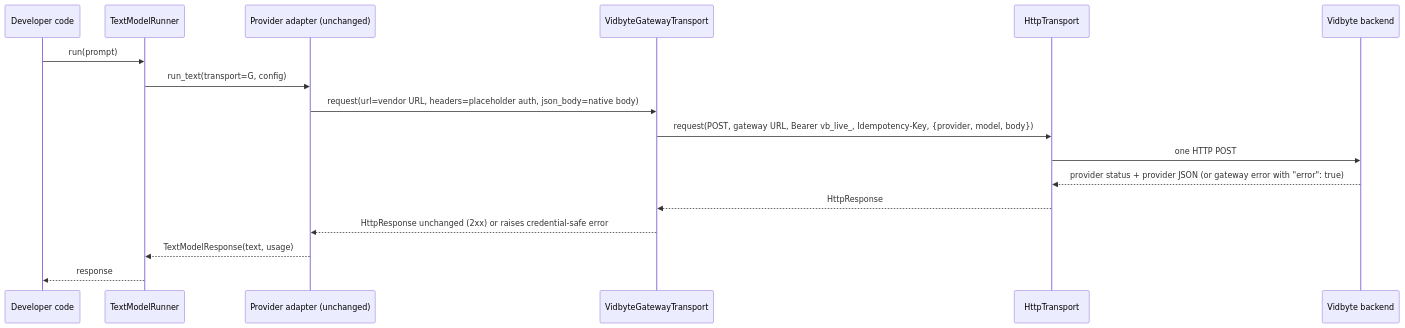
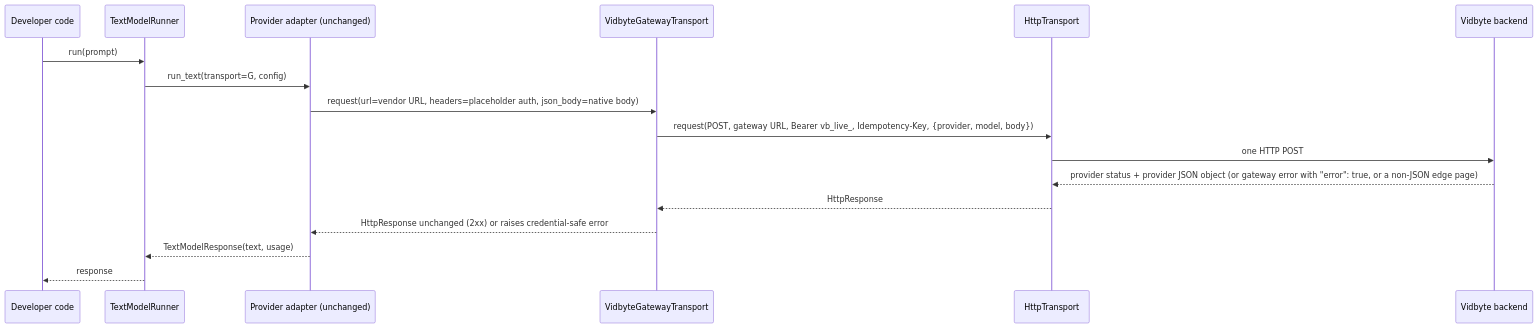
Before and after one commit to cerredz/Vidbyte-SDK: the second of 2 diagrams in docs/spec/managed-generative-models/spec.md, drawn with Mermaid. The commit also changed other lines of this file and 1 other file, not shown here.

````diff
--- a/docs/spec/managed-generative-models/spec.md
+++ b/docs/spec/managed-generative-models/spec.md
@@ -127,19 +128,19 @@
 ```mermaid
 sequenceDiagram
   participant Dev as Developer code
   participant R as TextModelRunner
   participant P as Provider adapter (unchanged)
   participant G as VidbyteGatewayTransport
   participant H as HttpTransport
   participant V as Vidbyte backend
   Dev->>R: run(prompt)
   R->>P: run_text(transport=G, config)
   P->>G: request(url=vendor URL, headers=placeholder auth, json_body=native body)
   G->>H: request(POST, gateway URL, Bearer vb_live_, Idempotency-Key, {provider, model, body})
   H->>V: one HTTP POST
-  V-->>H: provider status + provider JSON (or gateway error with "error": true)
+  V-->>H: provider status + provider JSON object (or gateway error with "error": true, or a non-JSON edge page)
   H-->>G: HttpResponse
   G-->>P: HttpResponse unchanged (2xx) or raises credential-safe error
   P-->>R: TextModelResponse(text, usage)
   R-->>Dev: response
 ```
````
